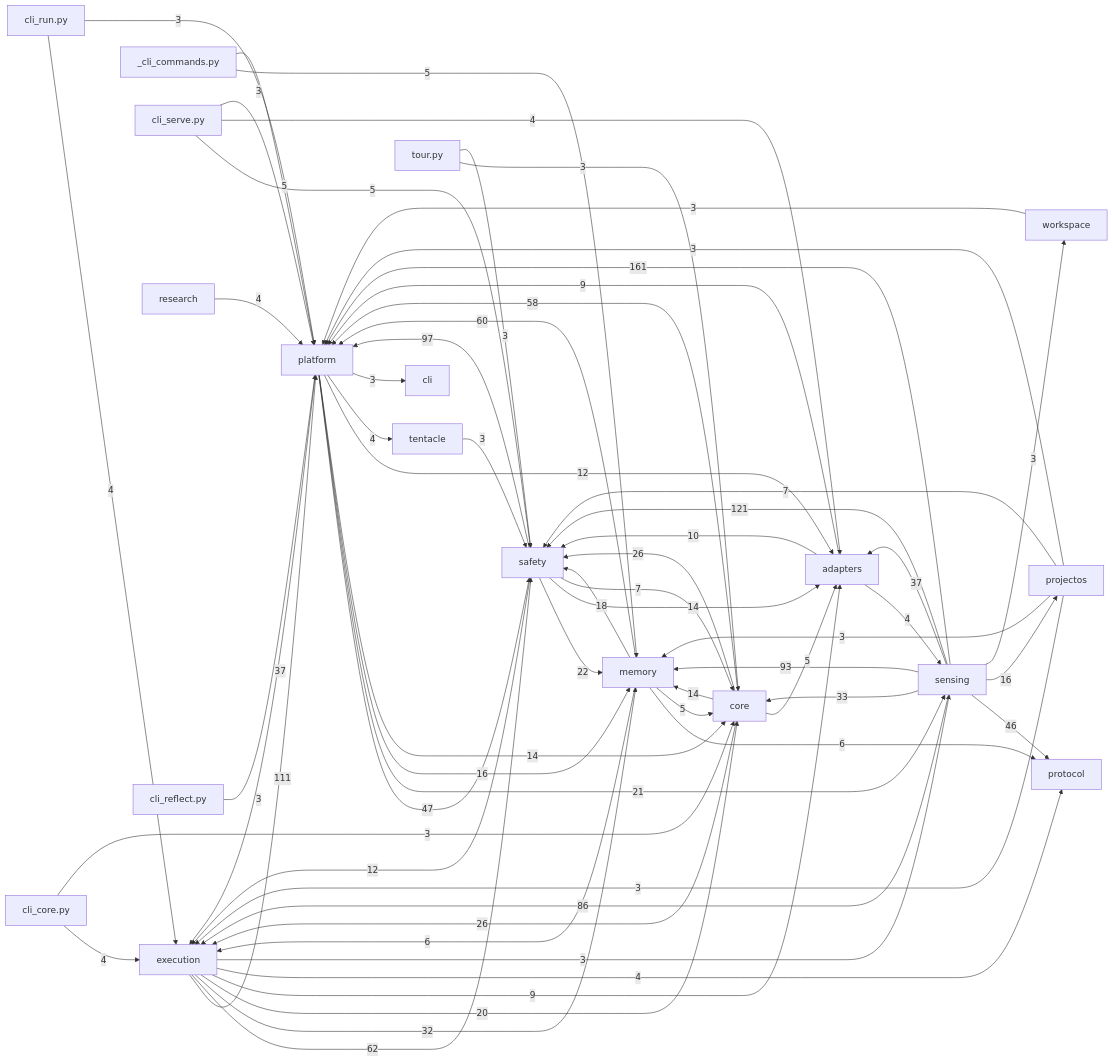
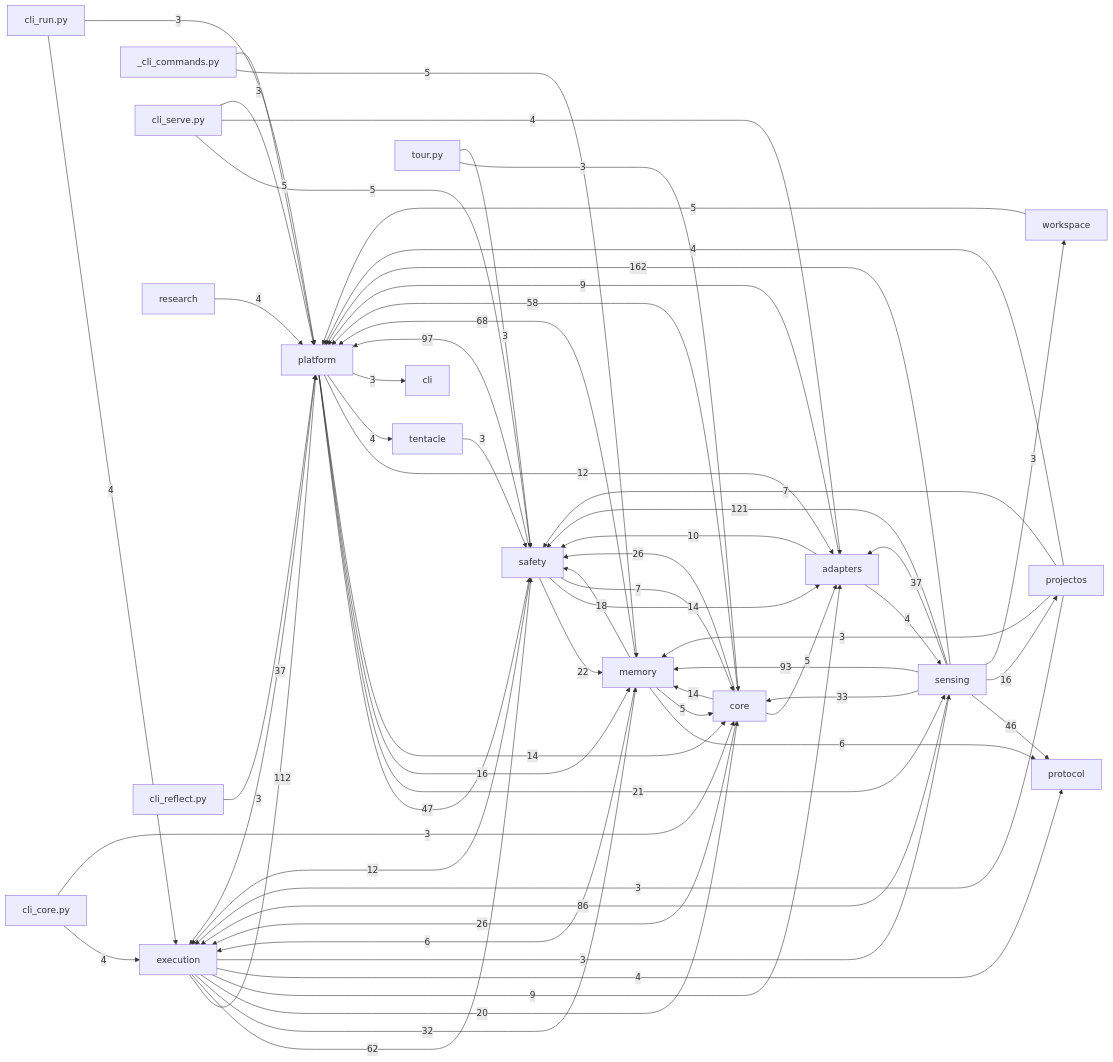
The diagram in docs/auto/20-backend/index.md (dengdenghua/octopus-agent), drawn with Mermaid before and after one commit. The commit also changed 51 other files, not shown here.

````diff
--- a/docs/auto/20-backend/index.md
+++ b/docs/auto/20-backend/index.md
@@ -26,71 +26,71 @@
 ```mermaid
 graph LR
   execution[execution]
   core[core]
   safety[safety]
   memory[memory]
   sensing[sensing]
   adapters[adapters]
   platform[platform]
-  sensing -- 161 --> platform
+  sensing -- 162 --> platform
   sensing -- 121 --> safety
-  execution -- 111 --> platform
+  execution -- 112 --> platform
   safety -- 97 --> platform
   sensing -- 93 --> memory
   sensing -- 86 --> execution
+  memory -- 68 --> platform
   execution -- 62 --> safety
-  memory -- 60 --> platform
   core -- 58 --> platform
   platform -- 47 --> safety
   sensing -- 46 --> protocol
   platform -- 37 --> execution
   sensing -- 37 --> adapters
   sensing -- 33 --> core
   execution -- 32 --> memory
   core -- 26 --> execution
   core -- 26 --> safety
   safety -- 22 --> memory
   platform -- 21 --> sensing
   execution -- 20 --> core
   memory -- 18 --> safety
   platform -- 16 --> memory
   sensing -- 16 --> projectos
   core -- 14 --> memory
   platform -- 14 --> core
   safety -- 14 --> adapters
   platform -- 12 --> adapters
   safety -- 12 --> execution
   adapters -- 10 --> safety
   adapters -- 9 --> platform
   execution -- 9 --> adapters
   projectos -- 7 --> safety
   safety -- 7 --> core
   memory -- 6 --> execution
   memory -- 6 --> protocol
   _cli_commands.py -- 5 --> memory
   _cli_commands.py -- 5 --> platform
   cli_serve.py -- 5 --> safety
   core -- 5 --> adapters
   memory -- 5 --> core
+  workspace -- 5 --> platform
   adapters -- 4 --> sensing
   cli_core.py -- 4 --> execution
   cli_run.py -- 4 --> execution
   cli_serve.py -- 4 --> adapters
   execution -- 4 --> protocol
   platform -- 4 --> tentacle
+  projectos -- 4 --> platform
   research -- 4 --> platform
   cli_core.py -- 3 --> core
   cli_reflect.py -- 3 --> platform
   cli_run.py -- 3 --> platform
   cli_serve.py -- 3 --> platform
   execution -- 3 --> sensing
   platform -- 3 --> cli
   projectos -- 3 --> execution
   projectos -- 3 --> memory
-  projectos -- 3 --> platform
   sensing -- 3 --> workspace
   tentacle -- 3 --> safety
   tour.py -- 3 --> core
   tour.py -- 3 --> safety
-  workspace -- 3 --> platform
 ```
````
